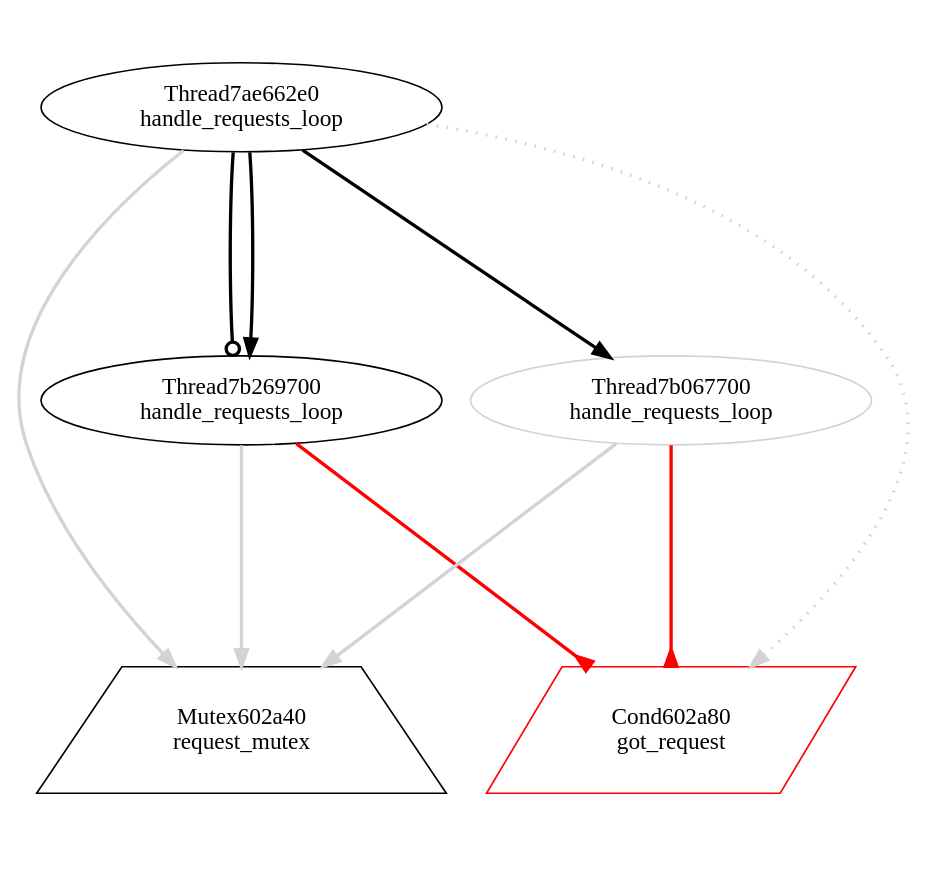
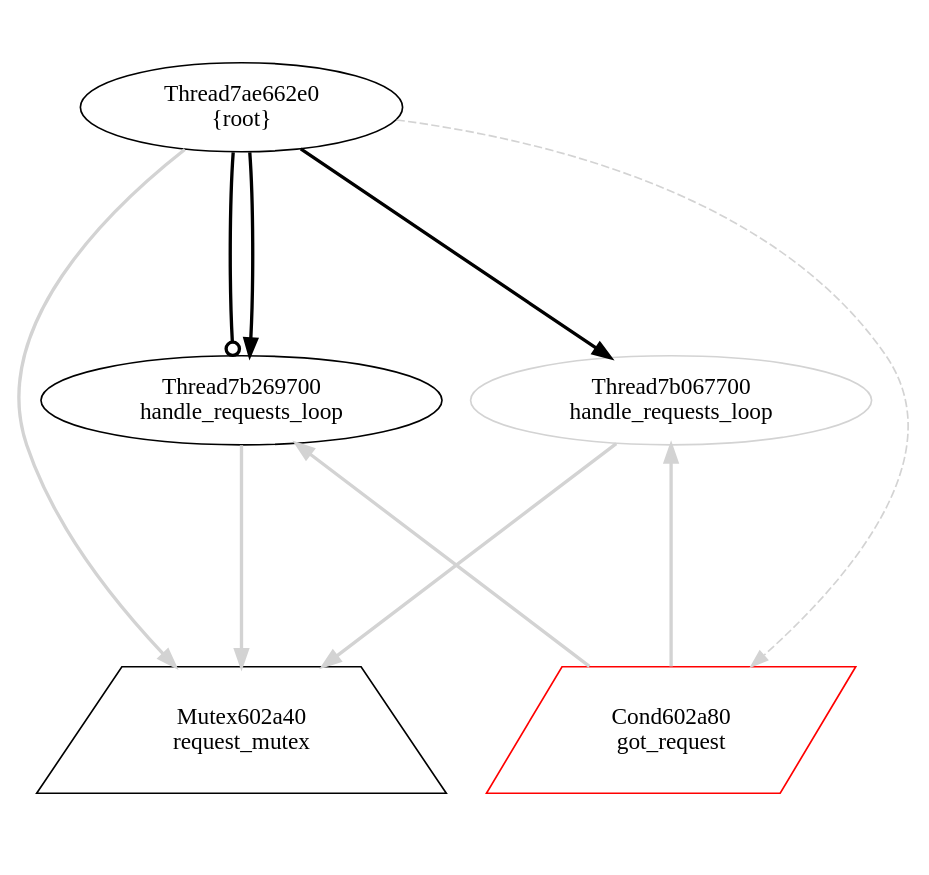
The diagram in view/dot/graph045.dot (v4o6/cs410), drawn with Graphviz before and after one commit. The commit also changed 102 other files, not shown here.

Commit message:
root thread's function should be unknown

```diff
--- a/view/dot/graph045.dot
+++ b/view/dot/graph045.dot
@@ -1,17 +1,17 @@
 digraph G {
 graph[center=true, ratio=1];
 Mutex602a40 [shape=trapezium,color=black,label="Mutex602a40\nrequest_mutex"];
 Cond602a80 [shape=parallelogram,color=red,label="Cond602a80\ngot_request"];
-Thread7ae662e0 [color=black,label="Thread7ae662e0\nhandle_requests_loop"];
+Thread7ae662e0 [color=black,label="Thread7ae662e0\n{root}"];
 Thread7ae662e0 -> Thread7b269700 [arrowhead=odot,penwidth=2];
 Thread7ae662e0 -> Mutex602a40 [arrowhead=normal,color=lightgray,penwidth=2];
-Thread7ae662e0 -> Cond602a80 [style=dotted,color=lightgray,penwidth=2];
+Thread7ae662e0 -> Cond602a80 [style=dashed,color=lightgray,penwdith=2];
 Thread7ae662e0 -> Thread7b269700 [arrowhead=normal,penwidth=2];
 Thread7ae662e0 -> Thread7b067700 [arrowhead=normal,penwidth=2];
 Thread7b269700 [color=black,label="Thread7b269700\nhandle_requests_loop"];
 Thread7b269700 -> Mutex602a40 [arrowhead=normal,color=lightgray,penwidth=2];
-Thread7b269700 -> Cond602a80 [arrowhead=inv,color=red,penwidth=2];
+Thread7b269700 -> Cond602a80 [arrowhead=normal,color=lightgray,dir=back,penwidth=2];
 Thread7b067700 [color=lightgray,label="Thread7b067700\nhandle_requests_loop"];
 Thread7b067700 -> Mutex602a40 [arrowhead=normal,color=lightgray,penwidth=2];
-Thread7b067700 -> Cond602a80 [arrowhead=inv,color=red,penwidth=2];
+Thread7b067700 -> Cond602a80 [arrowhead=normal,color=lightgray,dir=back,penwidth=2];
 }
```
